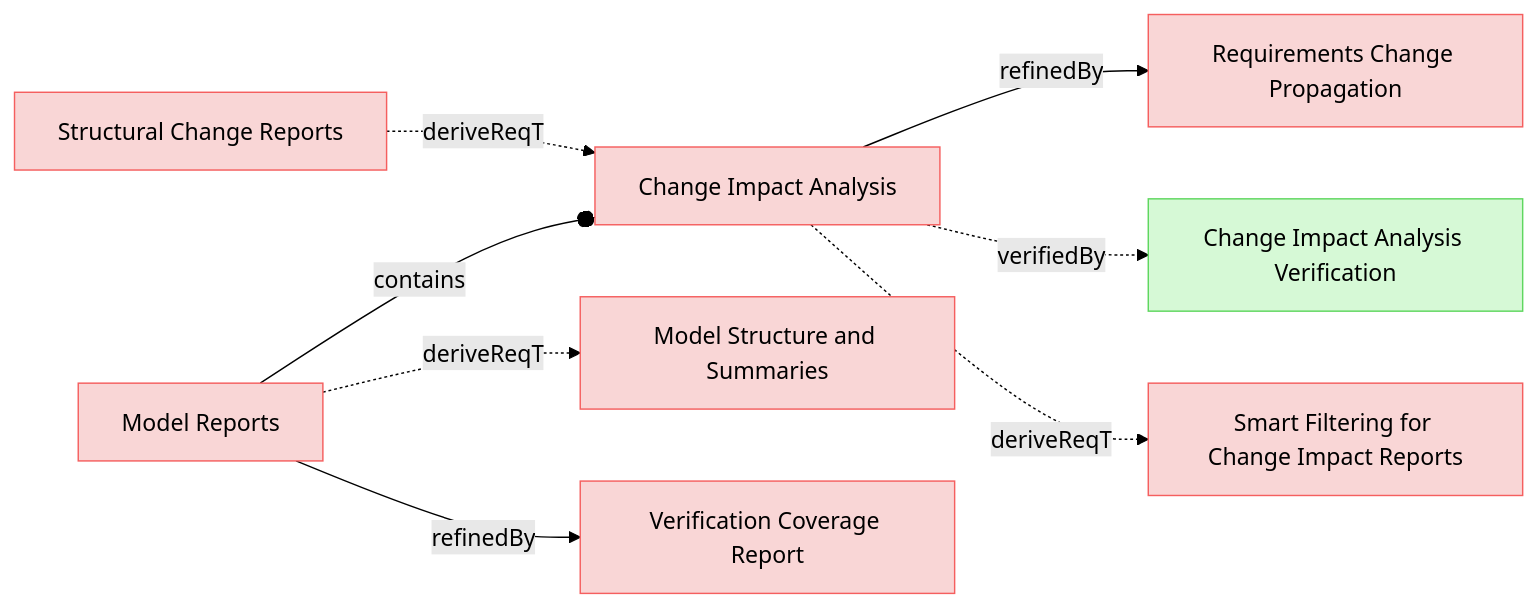
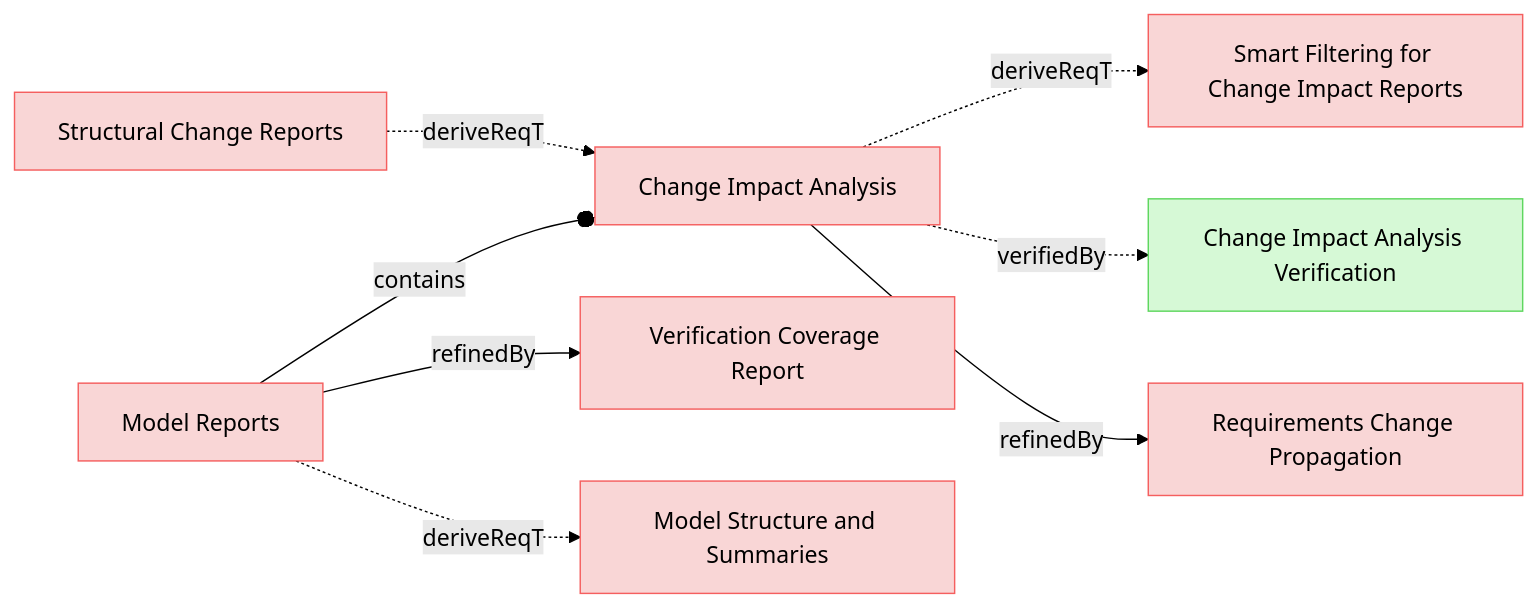
Before and after one commit to reqvire-org/reqvire: the eighth of 9 diagrams in specifications/UserRequirements.md, drawn with Mermaid (forest theme). The commit also changed other lines of this file and 16 other files, not shown here.

Commit message:
Updates diagrams

````diff
--- a/specifications/UserRequirements.md
+++ b/specifications/UserRequirements.md
@@ -910,41 +910,41 @@
 ```mermaid
 graph LR;
   %% REQVIRE-AUTOGENERATED-DIAGRAM
   %% Graph styling
   classDef requirement fill:#f9d6d6,stroke:#f55f5f,stroke-width:1px;
   classDef verification fill:#d6f9d6,stroke:#5fd75f,stroke-width:1px;
   classDef externalLink fill:#d0e0ff,stroke:#3080ff,stroke-width:1px;
   classDef default fill:#f5f5f5,stroke:#333333,stroke-width:1px;
 
   9933cac5853a8584["Change Impact Analysis"];
   class 9933cac5853a8584 requirement;
   click 9933cac5853a8584 "UserRequirements.md#change-impact-analysis";
+  ced028f36159c967["Smart Filtering for Change Impact Reports"];
+  class ced028f36159c967 requirement;
+  click ced028f36159c967 "SystemRequirements/ChangeImpactPropagation.md#smart-filtering-for-change-impact-reports";
+  9933cac5853a8584 -.->|deriveReqT| ced028f36159c967;
+  b72d56e7e360fe6c["Change Impact Analysis Verification"];
+  class b72d56e7e360fe6c verification;
+  click b72d56e7e360fe6c "Verifications/ChangeImpactTests.md#change-impact-analysis-verification";
+  9933cac5853a8584 -.->|verifiedBy| b72d56e7e360fe6c;
   2054606d7574a553["Requirements Change Propagation"];
   class 2054606d7574a553 requirement;
   click 2054606d7574a553 "SpecificationsRequirements.md#requirements-change-propagation";
   9933cac5853a8584 -->|refinedBy| 2054606d7574a553;
-  b72d56e7e360fe6c["Change Impact Analysis Verification"];
-  class b72d56e7e360fe6c verification;
-  click b72d56e7e360fe6c "Verifications/ChangeImpactTests.md#change-impact-analysis-verification";
-  9933cac5853a8584 -.->|verifiedBy| b72d56e7e360fe6c;
-  ced028f36159c967["Smart Filtering for Change Impact Reports"];
-  class ced028f36159c967 requirement;
-  click ced028f36159c967 "SystemRequirements/ChangeImpactPropagation.md#smart-filtering-for-change-impact-reports";
-  9933cac5853a8584 -.->|deriveReqT| ced028f36159c967;
   1908501a80db5c46["Structural Change Reports"];
   class 1908501a80db5c46 requirement;
   click 1908501a80db5c46 "UserRequirements.md#structural-change-reports";
   1908501a80db5c46 -.->|deriveReqT| 9933cac5853a8584;
   70701096d332c0b2["Model Reports"];
   class 70701096d332c0b2 requirement;
   click 70701096d332c0b2 "UserRequirements.md#model-reports";
+  f7a606aa79ba438["Verification Coverage Report"];
+  class f7a606aa79ba438 requirement;
+  click f7a606aa79ba438 "UserRequirements.md#verification-coverage-report";
+  70701096d332c0b2 -->|refinedBy| f7a606aa79ba438;
   ad6f7a2d41d80a38["Model Structure and Summaries"];
   class ad6f7a2d41d80a38 requirement;
   click ad6f7a2d41d80a38 "UserRequirements.md#model-structure-and-summaries";
   70701096d332c0b2 -.->|deriveReqT| ad6f7a2d41d80a38;
-  f7a606aa79ba438["Verification Coverage Report"];
-  class f7a606aa79ba438 requirement;
-  click f7a606aa79ba438 "UserRequirements.md#verification-coverage-report";
-  70701096d332c0b2 -->|refinedBy| f7a606aa79ba438;
   70701096d332c0b2 --o|contains| 9933cac5853a8584;
 ```
````
